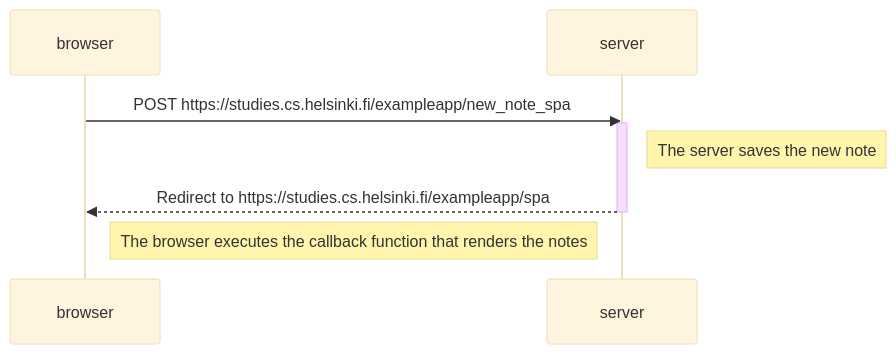
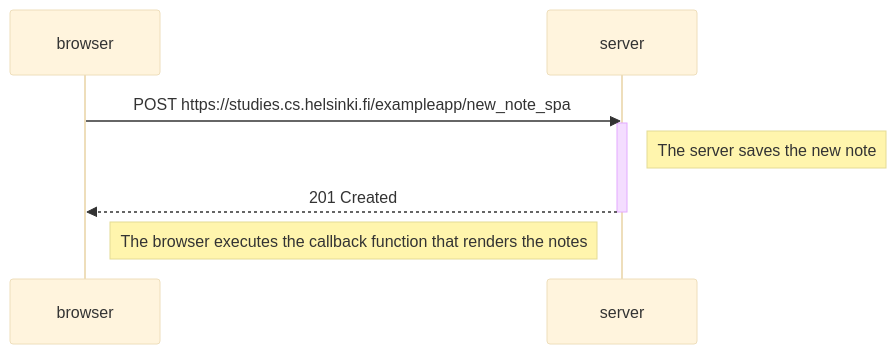
Before and after one commit to hermann-tim/fullstackopen: the third of 3 diagrams in part0/README.md, drawn with Mermaid (base theme).

Commit message:
Update 06

````diff
--- a/part0/README.md
+++ b/part0/README.md
@@ -74,13 +74,13 @@
 ```mermaid
 sequenceDiagram
     participant browser
     participant server
 
     browser->>server: POST https://studies.cs.helsinki.fi/exampleapp/new_note_spa
     activate server
     Note right of server: The server saves the new note
-    server-->>browser: Redirect to https://studies.cs.helsinki.fi/exampleapp/spa
+    server-->>browser: 201 Created
     deactivate server
 
     Note right of browser: The browser executes the callback function that renders the notes
 ```
````
